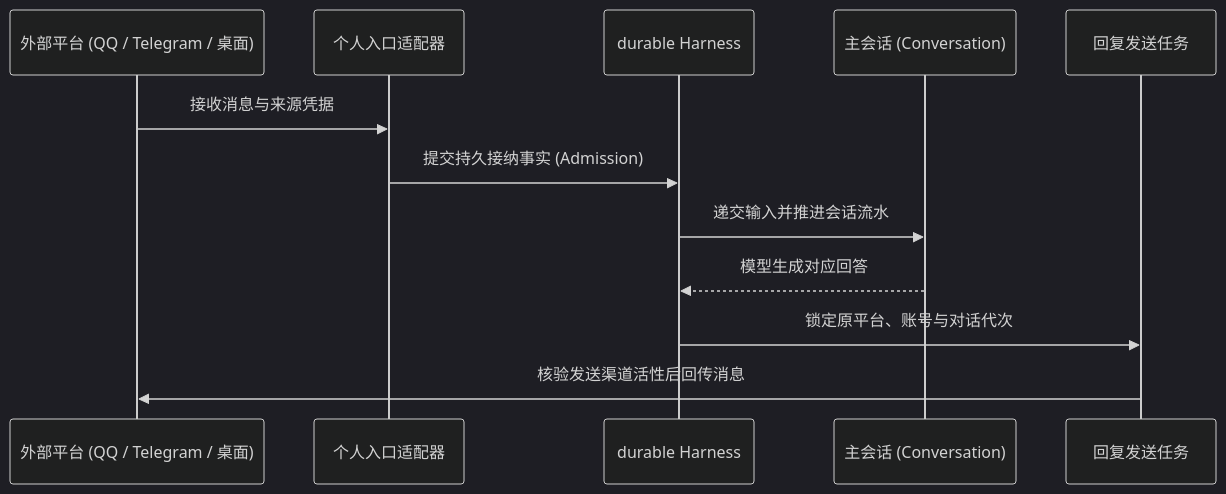
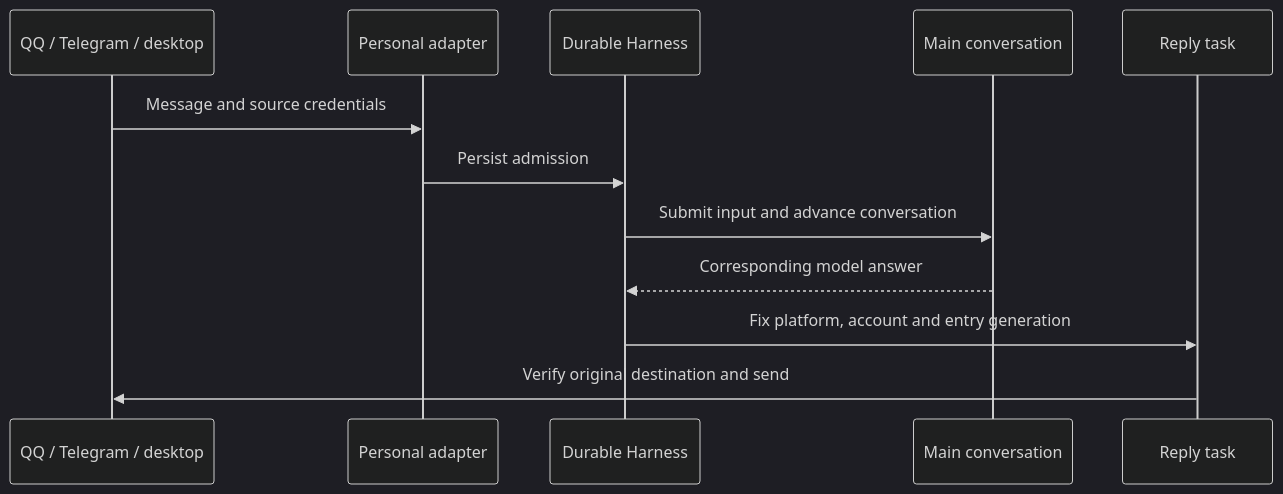
One commit to num-lab/Ruukoto changed the second of 4 diagrams in docs/architecture.md. Above: the diagram before and after it, drawn with Mermaid (dark theme). The commit also changed other lines of this file and 3987 other files, not shown here.

````diff
--- a/docs/architecture.md
+++ b/docs/architecture.md
@@ -69,15 +63,14 @@
 ```mermaid
 sequenceDiagram
-  participant Platform as 外部平台 (QQ / Telegram / 桌面)
-  participant Inbound as 个人入口适配器
-  participant Harness as durable Harness
-  participant Conv as 主会话 (Conversation)
-  participant ReplyTask as 回复发送任务
-
-  Platform->>Inbound: 接收消息与来源凭据
-  Inbound->>Harness: 提交持久接纳事实 (Admission)
-  Harness->>Conv: 递交输入并推进会话流水
-  Conv-->>Harness: 模型生成对应回答
-  Harness->>ReplyTask: 锁定原平台、账号与对话代次
-  ReplyTask->>Platform: 核验发送渠道活性后回传消息
+  participant Entry as QQ / Telegram / desktop
+  participant Adapter as Personal adapter
+  participant Harness as Durable Harness
+  participant Main as Main conversation
+  participant Reply as Reply task
+  Entry->>Adapter: Message and source credentials
+  Adapter->>Harness: Persist admission
+  Harness->>Main: Submit input and advance conversation
+  Main-->>Harness: Corresponding model answer
+  Harness->>Reply: Fix platform, account and entry generation
+  Reply->>Entry: Verify original destination and send
 ```
````
